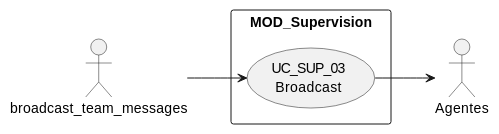
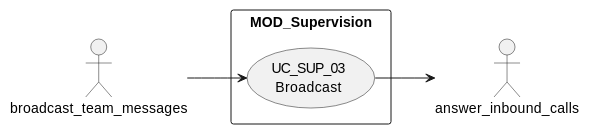
One commit to jcg-admin/IACT-docs changed the first of 4 diagrams in source/requisitos/casos-uso/supervision/uc-sup-03/diagramas-uml.rst. Above: the diagram before and after it, drawn with PlantUML. The commit also changed other lines of this file and 157 other files, not shown here.

First line of the commit message:
Enforce catalog function names across all diagrams

```diff
--- a/source/requisitos/casos-uso/supervision/uc-sup-03/diagramas-uml.rst
+++ b/source/requisitos/casos-uso/supervision/uc-sup-03/diagramas-uml.rst
@@ -10,12 +10,12 @@
 .. uml::
 
  @startuml
  left to right direction
  actor "broadcast_team_messages" as SUP
- actor "Agentes" as AG
+ actor "answer_inbound_calls" as AG
  rectangle "MOD_Supervision" {
    usecase "UC_SUP_03\nBroadcast" as UC
  }
  SUP --> UC
  UC --> AG
  @enduml
```
